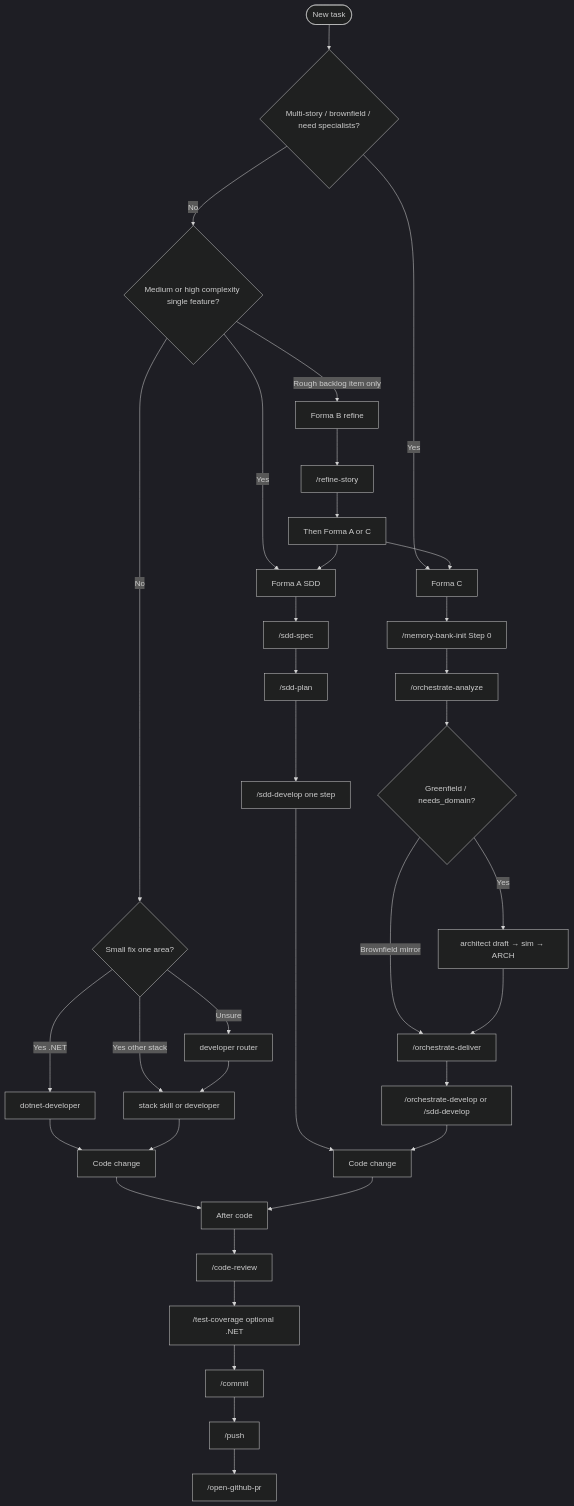
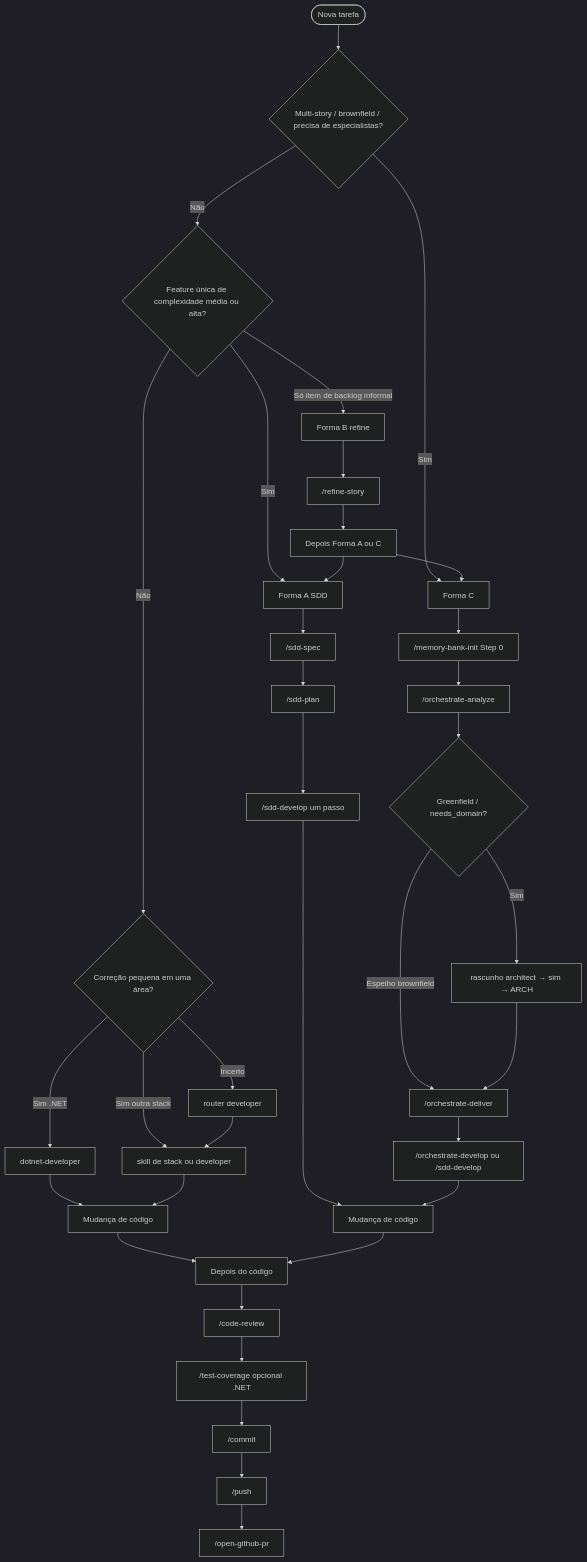
The diagram in docs-site/using-skills.pt.md (tibursocampos/agent-dev-toolkit), drawn with Mermaid (dark theme) before and after one commit. The commit also changed other lines of this file and 4 other files, not shown here.

````diff
--- a/docs-site/using-skills.pt.md
+++ b/docs-site/using-skills.pt.md
@@ -13,38 +13,38 @@
 ```mermaid
 flowchart TD
-  Start([New task]) --> Q1{Multi-story / brownfield / need specialists?}
-  Q1 -->|Yes| FC[Forma C]
-  Q1 -->|No| Q2{Medium or high complexity single feature?}
-  Q2 -->|Yes| SDD[Forma A SDD]
-  Q2 -->|Rough backlog item only| FB[Forma B refine]
-  Q2 -->|No| Q3{Small fix one area?}
-  Q3 -->|Yes .NET| NET[dotnet-developer]
-  Q3 -->|Yes other stack| STACK[stack skill or developer]
-  Q3 -->|Unsure| DEV[developer router]
+  Start([Nova tarefa]) --> Q1{Multi-story / brownfield / precisa de especialistas?}
+  Q1 -->|Sim| FC[Forma C]
+  Q1 -->|Não| Q2{Feature única de complexidade média ou alta?}
+  Q2 -->|Sim| SDD[Forma A SDD]
+  Q2 -->|Só item de backlog informal| FB[Forma B refine]
+  Q2 -->|Não| Q3{Correção pequena em uma área?}
+  Q3 -->|Sim .NET| NET[dotnet-developer]
+  Q3 -->|Sim outra stack| STACK[skill de stack ou developer]
+  Q3 -->|Incerto| DEV[router developer]
   FC --> S0["/memory-bank-init Step 0"]
   S0 --> O1["/orchestrate-analyze"]
   O1 --> ArchGate{"Greenfield / needs_domain?"}
-  ArchGate -->|Yes| Confirm["architect draft → sim → ARCH"]
-  ArchGate -->|Brownfield mirror| O2
+  ArchGate -->|Sim| Confirm["rascunho architect → sim → ARCH"]
+  ArchGate -->|Espelho brownfield| O2
   Confirm --> O2["/orchestrate-deliver"]
-  O2 --> O3["/orchestrate-develop or /sdd-develop"]
+  O2 --> O3["/orchestrate-develop ou /sdd-develop"]
   FB --> Refine["/refine-story"]
-  Refine --> AorC[Then Forma A or C]
+  Refine --> AorC[Depois Forma A ou C]
   SDD --> Spec["/sdd-spec"]
   Spec --> Plan["/sdd-plan"]
-  Plan --> Impl["/sdd-develop one step"]
-  NET --> DoneNet[Code change]
+  Plan --> Impl["/sdd-develop um passo"]
+  NET --> DoneNet[Mudança de código]
   STACK --> DoneNet
   DEV --> STACK
-  Impl --> DoneSdd[Code change]
+  Impl --> DoneSdd[Mudança de código]
   O3 --> DoneSdd
   AorC --> SDD
   AorC --> FC
   DoneNet --> Post
   DoneSdd --> Post
-  Post[After code] --> CR["/code-review"]
-  CR --> TC["/test-coverage optional .NET"]
+  Post[Depois do código] --> CR["/code-review"]
+  CR --> TC["/test-coverage opcional .NET"]
   TC --> Commit["/commit"]
   Commit --> Push["/push"]
   Push --> PR["/open-github-pr"]
 ```
````
